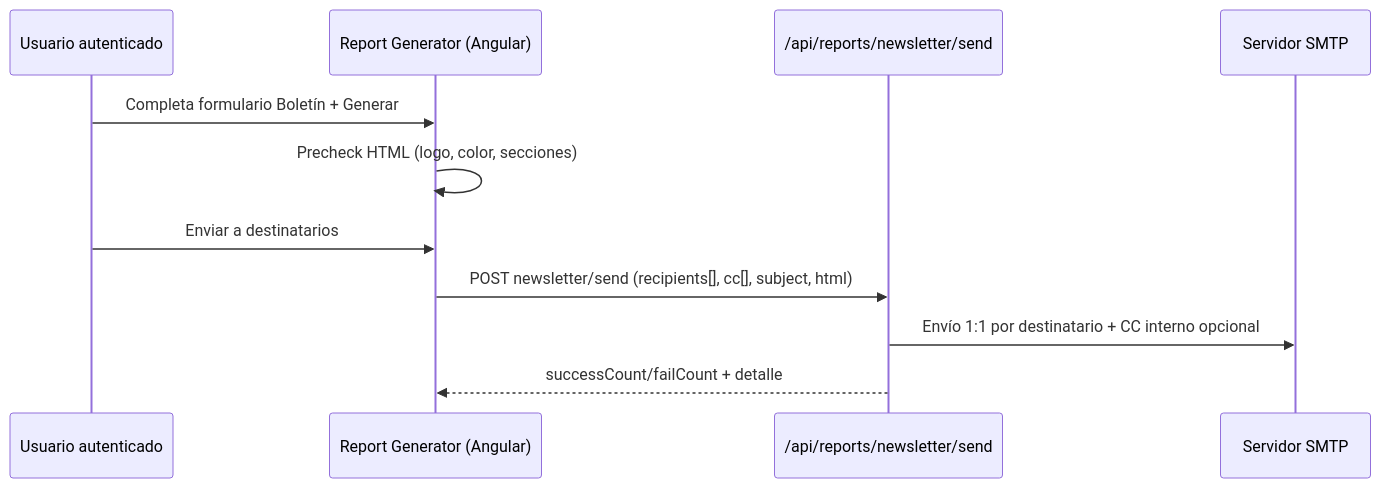
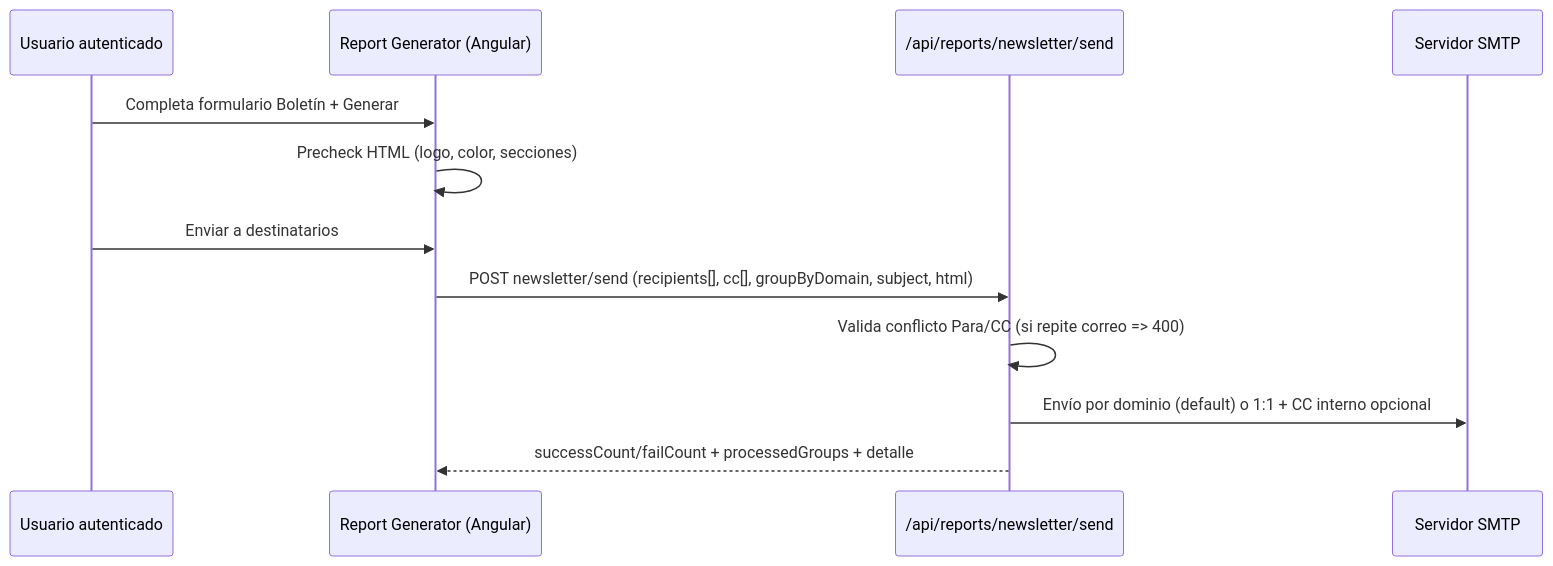
Before and after one commit to athomo001/BitacoraSOC: the fifth of 10 diagrams in docs/ARCHITECTURE.md, drawn with Mermaid. The commit also changed 11 other files, not shown here.

Commit message:
ADD: feat(newsletter): implement domain grouping for email dispatch; enhance validation and error handling for recipient conflicts

````diff
--- a/docs/ARCHITECTURE.md
+++ b/docs/ARCHITECTURE.md
@@ -91,14 +91,15 @@
 ```mermaid
 sequenceDiagram
   participant U as Usuario autenticado
   participant FE as Report Generator (Angular)
   participant API as /api/reports/newsletter/send
   participant SMTP as Servidor SMTP
 
   U->>FE: Completa formulario Boletín + Generar
   FE->>FE: Precheck HTML (logo, color, secciones)
   U->>FE: Enviar a destinatarios
-  FE->>API: POST newsletter/send (recipients[], cc[], subject, html)
-  API->>SMTP: Envío 1:1 por destinatario + CC interno opcional
-  API-->>FE: successCount/failCount + detalle
+  FE->>API: POST newsletter/send (recipients[], cc[], groupByDomain, subject, html)
+  API->>API: Valida conflicto Para/CC (si repite correo => 400)
+  API->>SMTP: Envío por dominio (default) o 1:1 + CC interno opcional
+  API-->>FE: successCount/failCount + processedGroups + detalle
 ```
````
